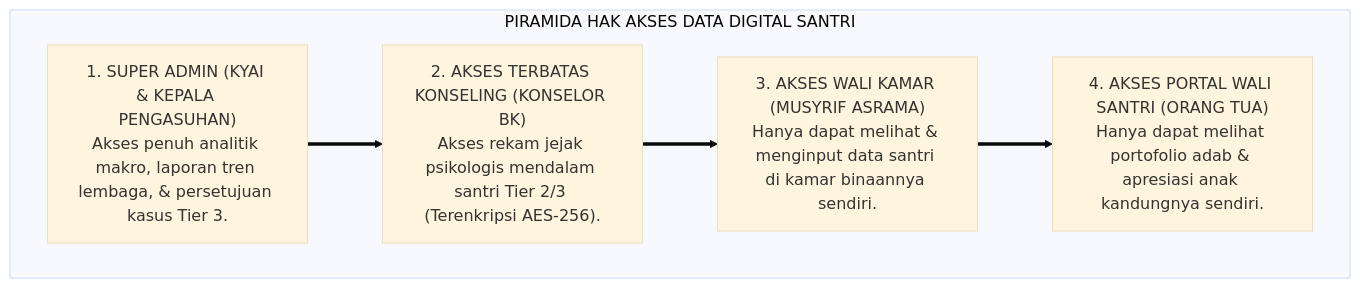
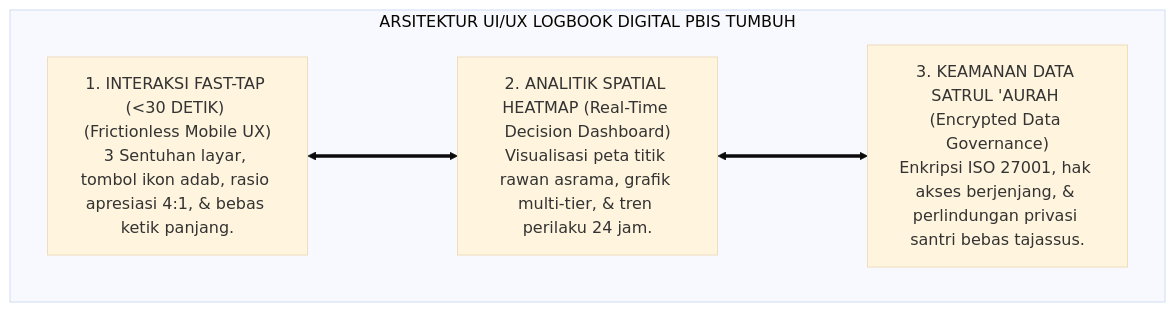
One commit to wandiapriliyandi/tumbuh changed the second of 3 diagrams in 02 Principles/02 Design Principles/P2-02-04-Prinsip-Desain-Antarmuka-dan-Dashboard-Digital.md. Above: the diagram before and after it, drawn with Mermaid (base theme). The commit also changed other lines of this file and 7 other files, not shown here.

````diff
--- a/02 Principles/02 Design Principles/P2-02-04-Prinsip-Desain-Antarmuka-dan-Dashboard-Digital.md
+++ b/02 Principles/02 Design Principles/P2-02-04-Prinsip-Desain-Antarmuka-dan-Dashboard-Digital.md
@@ -148,14 +119,13 @@
 ```mermaid
 flowchart TD
-    subgraph MatriksHakAksesBerjenjang["PIRAMIDA HAK AKSES DATA DIGITAL SANTRI"]
-        Kyai["1. SUPER ADMIN (KYAI & KEPALA PENGASUHAN)<br/>Akses penuh analitik makro, laporan tren lembaga, & persetujuan kasus Tier 3."]
+    subgraph ArsitekturUIDigitalTUMBUH["ARSITEKTUR UI/UX LOGBOOK DIGITAL PBIS TUMBUH"]
         
-        Konselor["2. AKSES TERBATAS KONSELING (KONSELOR BK)<br/>Akses rekam jejak psikologis mendalam santri Tier 2/3 (Terenkripsi AES-256)."]
+        UI1_Sayap["1. INTERAKSI FAST-TAP (<30 DETIK) (Frictionless Mobile UX)<br/>3 Sentuhan layar, tombol ikon adab, rasio apresiasi 4:1, & bebas ketik panjang."]
         
-        Musyrif["3. AKSES WALI KAMAR (MUSYRIF ASRAMA)<br/>Hanya dapat melihat & menginput data santri di kamar binaannya sendiri."]
+        UI2_Sayap["2. ANALITIK SPATIAL HEATMAP (Real-Time Decision Dashboard)<br/>Visualisasi peta titik rawan asrama, grafik multi-tier, & tren perilaku 24 jam."]
         
-        Wali["4. AKSES PORTAL WALI SANTRI (ORANG TUA)<br/>Hanya dapat melihat portofolio adab & apresiasi anak kandungnya sendiri."]
+        UI3_Sayap["3. KEAMANAN DATA SATRUL 'AURAH (Encrypted Data Governance)<br/>Enkripsi ISO 27001, hak akses berjenjang, & perlindungan privasi santri bebas tajassus."]
         
-        Kyai ==> Konselor ==> Musyrif ==> Wali
+        UI1_Sayap <===> UI2_Sayap <===> UI3_Sayap
     end
 ```
````
